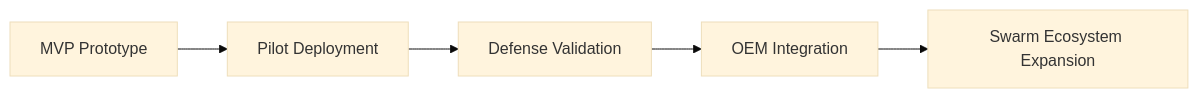
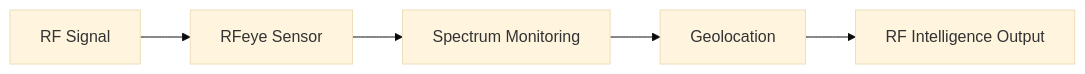
Diagram 11 of 15 in RF Fingerprinting.md (vjk7989/project-flex), drawn with Mermaid (base theme) before and after one commit. The commit also changed other lines of this file, not shown here.

````diff
--- a/RF Fingerprinting.md
+++ b/RF Fingerprinting.md
@@ -211,7 +521,7 @@
 ```mermaid
 flowchart LR
-    A["MVP Prototype"] --> B["Pilot Deployment"]
-    B --> C["Defense Validation"]
-    C --> D["OEM Integration"]
-    D --> E["Swarm Ecosystem Expansion"]
+    A["RF Signal"] --> B["RFeye Sensor"]
+    B --> C["Spectrum Monitoring"]
+    C --> D["Geolocation"]
+    D --> E["RF Intelligence Output"]
 ```
````
